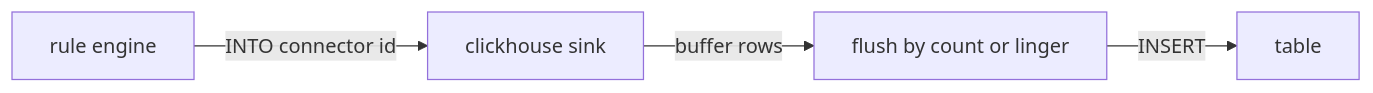
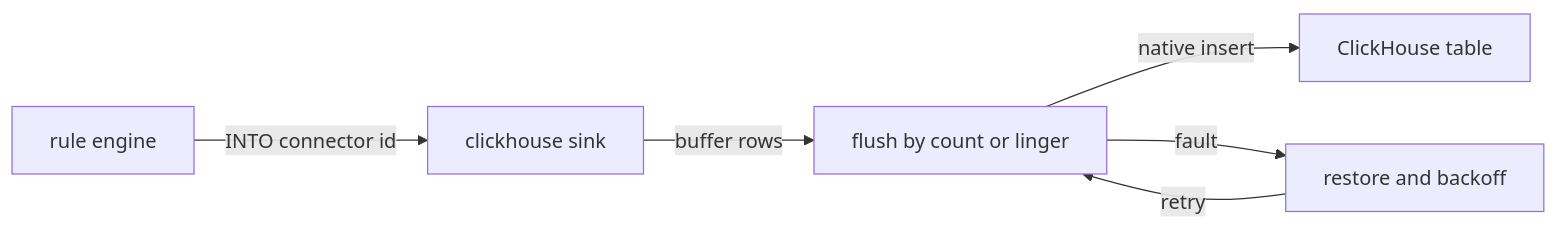
Before and after one commit to Indus-Stack/indramqtt: the diagram in docs/connectors/clickhouse.md, drawn with Mermaid. The commit also changed other lines of this file and 5 other files, not shown here.

````diff
--- a/docs/connectors/clickhouse.md
+++ b/docs/connectors/clickhouse.md
@@ -14,6 +14,8 @@
 ```mermaid
 flowchart LR
     Rule["rule engine"] -- "INTO connector id" --> Sink["clickhouse sink"]
     Sink -- "buffer rows" --> Flush["flush by count or linger"]
-    Flush -- "INSERT" --> Tbl["table"]
+    Flush -- "native insert" --> Tbl["ClickHouse table"]
+    Flush -- "fault" --> Back["restore and backoff"]
+    Back -- "retry" --> Flush
 ```
````
